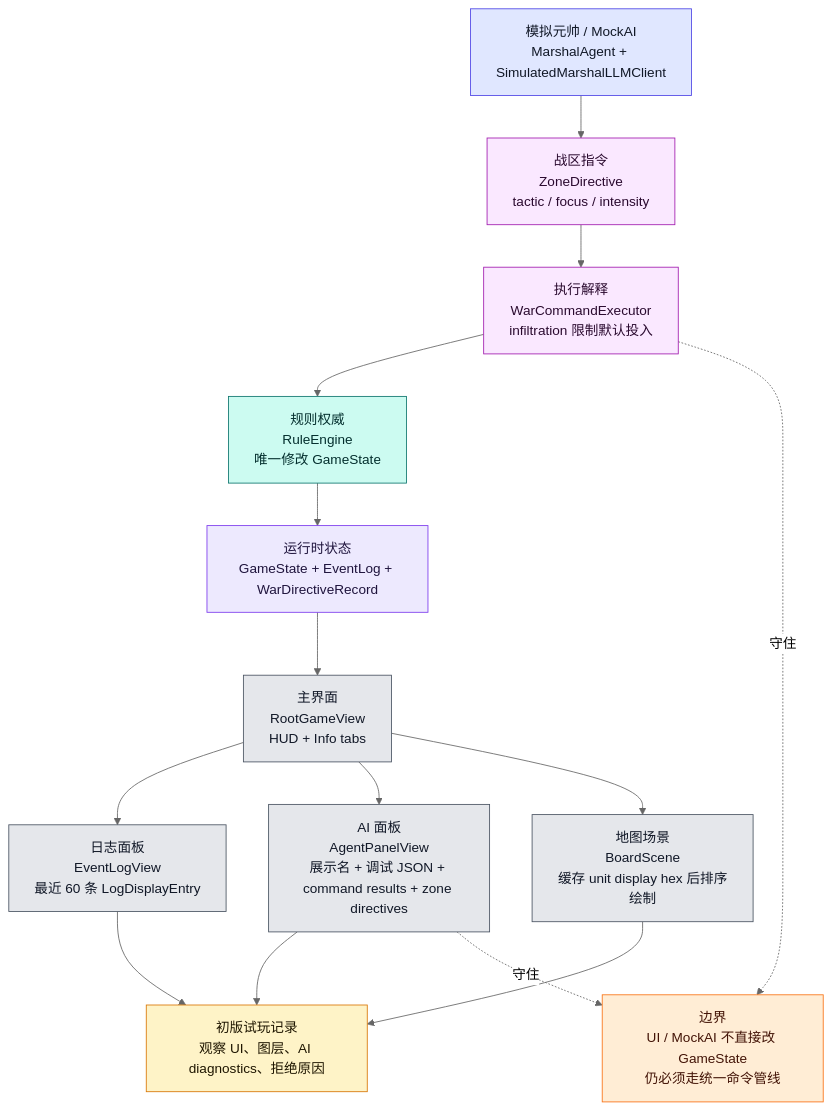
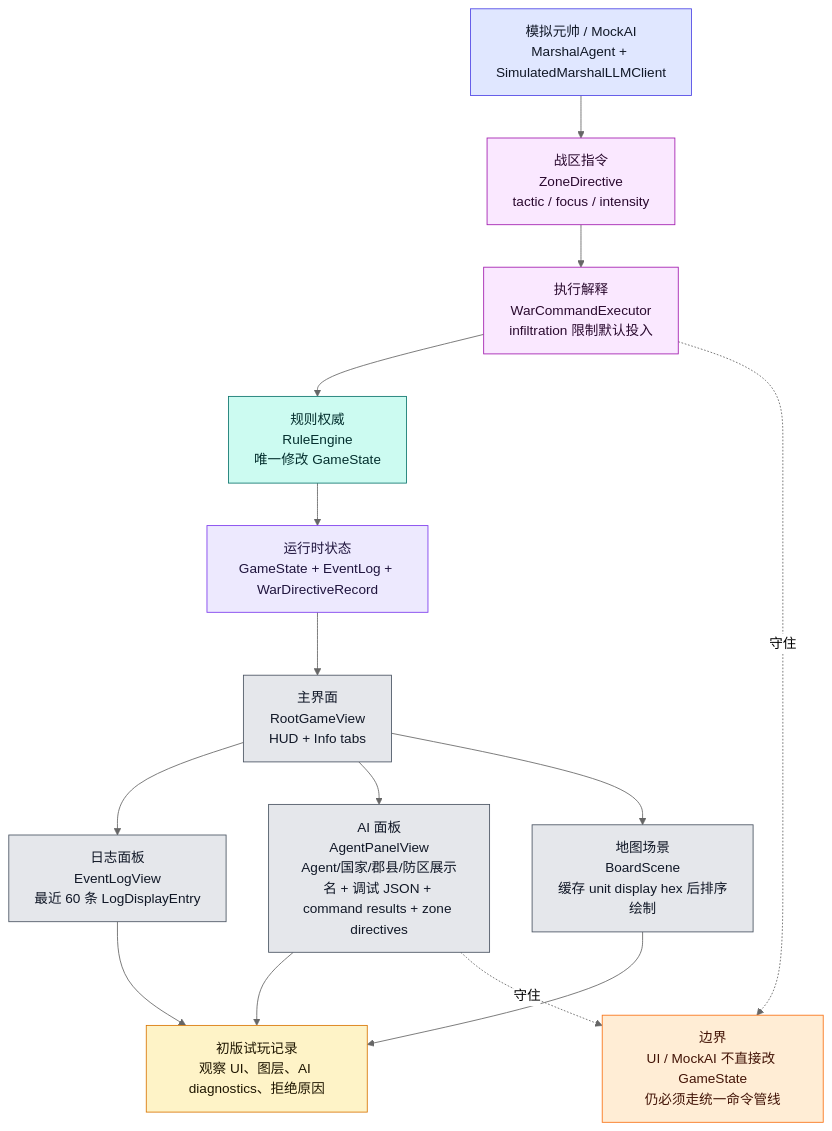
Before and after one commit to Altman-sam114/121: the seventh of 9 diagrams in md/flow/flowchart.md, drawn with Mermaid (neutral theme). The commit also changed other lines of this file and 7 other files, not shown here.

Commit message:
fix(ui): localize agent panel anchors

````diff
--- a/md/flow/flowchart.md
+++ b/md/flow/flowchart.md
@@ -469,34 +470,34 @@
 ```mermaid
 flowchart TD
     STATE["运行时状态<br/>GameState + EventLog + WarDirectiveRecord"]:::state
     ROOT["主界面<br/>RootGameView<br/>HUD + Info tabs"]:::ui
     LOG["日志面板<br/>EventLogView<br/>最近 60 条 LogDisplayEntry"]:::ui
-    AIUI["AI 面板<br/>AgentPanelView<br/>展示名 + 调试 JSON + command results + zone directives"]:::ui
+    AIUI["AI 面板<br/>AgentPanelView<br/>Agent/国家/郡县/防区展示名 + 调试 JSON + command results + zone directives"]:::ui
     BOARD["地图场景<br/>BoardScene<br/>缓存 unit display hex 后排序绘制"]:::ui
     MARSHAL["模拟元帅 / MockAI<br/>MarshalAgent + SimulatedMarshalLLMClient"]:::ai
     ZD["战区指令<br/>ZoneDirective<br/>tactic / focus / intensity"]:::command
     WCE["执行解释<br/>WarCommandExecutor<br/>infiltration 限制默认投入"]:::command
     RULE["规则权威<br/>RuleEngine<br/>唯一修改 GameState"]:::rules
     PLAYTEST["初版试玩记录<br/>观察 UI、图层、AI diagnostics、拒绝原因"]:::doc
 
     STATE --> ROOT
     ROOT --> LOG
     ROOT --> AIUI
     ROOT --> BOARD
     MARSHAL --> ZD --> WCE --> RULE --> STATE
     AIUI --> PLAYTEST
     LOG --> PLAYTEST
     BOARD --> PLAYTEST
 
     WARN["边界<br/>UI / MockAI 不直接改 GameState<br/>仍必须走统一命令管线"]:::warn
     AIUI -.守住.-> WARN
     WCE -.守住.-> WARN
 
     classDef state fill:#ede9fe,stroke:#7c3aed,color:#1f143d
     classDef ui fill:#e5e7eb,stroke:#4b5563,color:#111827
     classDef ai fill:#e0e7ff,stroke:#4f46e5,color:#111827
     classDef command fill:#fae8ff,stroke:#a21caf,color:#2a0a2f
     classDef rules fill:#ccfbf1,stroke:#0f766e,color:#042f2e
     classDef doc fill:#fef3c7,stroke:#d97706,color:#1f1600
     classDef warn fill:#ffedd5,stroke:#f97316,color:#431407
 ```
````
